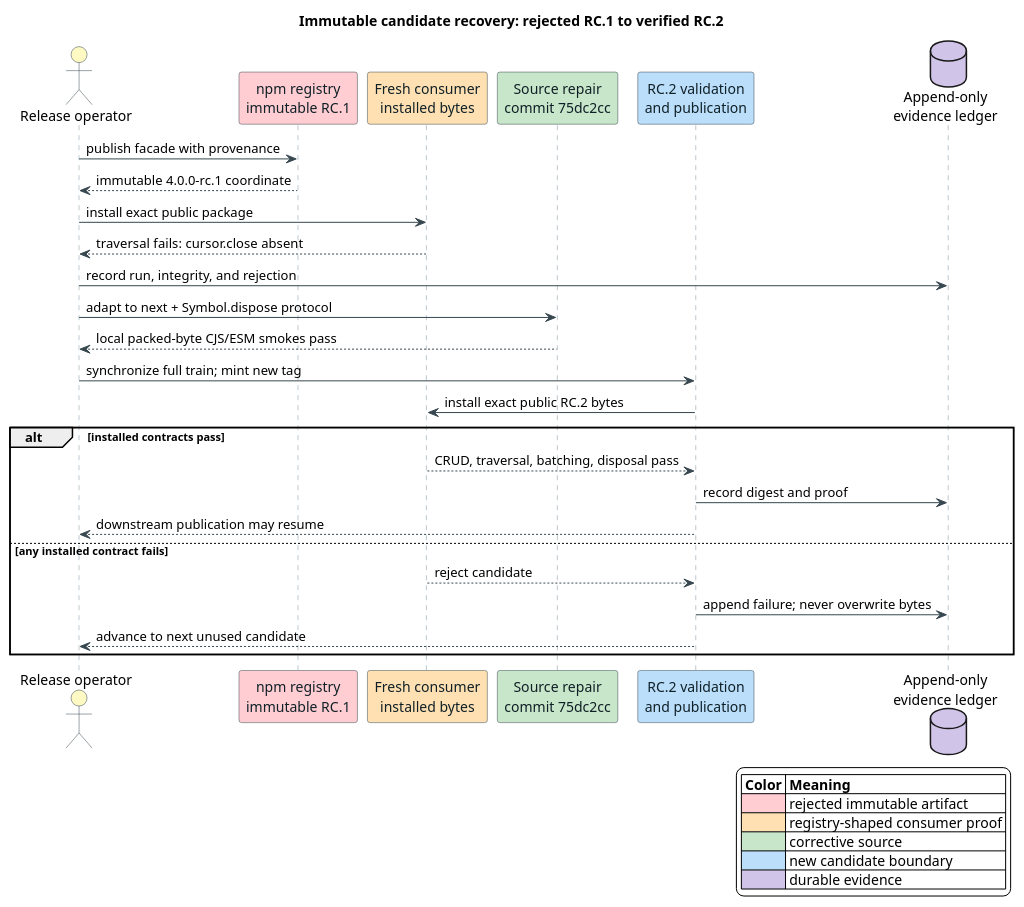
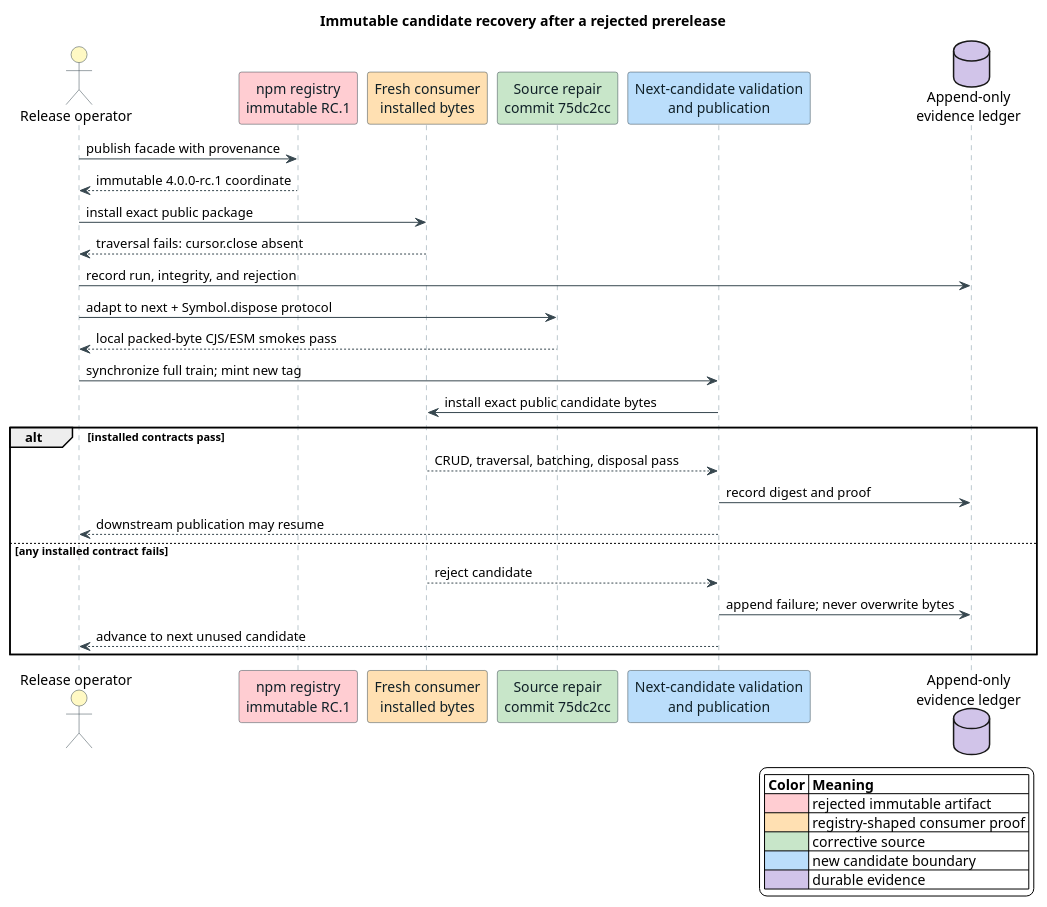
One commit to vinary-tree/liblevenshtein-rust changed the diagram in docs/diagrams/bindings/rejected-candidate-recovery.puml. Above: the diagram before and after it, drawn with PlantUML. The commit also changed 41 other files, not shown here.

```diff
--- a/docs/diagrams/bindings/rejected-candidate-recovery.puml
+++ b/docs/diagrams/bindings/rejected-candidate-recovery.puml
@@ -1,50 +1,50 @@
 @startuml
-' Immutable-candidate recovery protocol for the RC.1 -> RC.2 incident.
+' Immutable-candidate recovery protocol exercised by RC.1, RC.2, and RC.3.
 skinparam backgroundColor #FFFFFF
 skinparam shadowing false
 skinparam sequence {
   ArrowColor #37474F
   ActorBorderColor #37474F
   LifeLineBorderColor #78909C
   LifeLineBackgroundColor #ECEFF1
   ParticipantBorderColor #37474F
   ParticipantFontColor #102027
 }
 
-title Immutable candidate recovery: rejected RC.1 to verified RC.2
+title Immutable candidate recovery after a rejected prerelease
 
 actor "Release operator" as OP #FFF9C4
 participant "npm registry\nimmutable RC.1" as NPM1 #FFCDD2
 participant "Fresh consumer\ninstalled bytes" as CONSUMER #FFE0B2
 participant "Source repair\ncommit 75dc2cc" as SOURCE #C8E6C9
-participant "RC.2 validation\nand publication" as RC2 #BBDEFB
+participant "Next-candidate validation\nand publication" as NEXT #BBDEFB
 database "Append-only\nevidence ledger" as LEDGER #D1C4E9
 
 OP -> NPM1 : publish facade with provenance
 NPM1 --> OP : immutable 4.0.0-rc.1 coordinate
 OP -> CONSUMER : install exact public package
 CONSUMER --> OP : traversal fails: cursor.close absent
 OP -> LEDGER : record run, integrity, and rejection
 OP -> SOURCE : adapt to next + Symbol.dispose protocol
 SOURCE --> OP : local packed-byte CJS/ESM smokes pass
-OP -> RC2 : synchronize full train; mint new tag
-RC2 -> CONSUMER : install exact public RC.2 bytes
+OP -> NEXT : synchronize full train; mint new tag
+NEXT -> CONSUMER : install exact public candidate bytes
 alt installed contracts pass
-  CONSUMER --> RC2 : CRUD, traversal, batching, disposal pass
-  RC2 -> LEDGER : record digest and proof
-  RC2 --> OP : downstream publication may resume
+  CONSUMER --> NEXT : CRUD, traversal, batching, disposal pass
+  NEXT -> LEDGER : record digest and proof
+  NEXT --> OP : downstream publication may resume
 else any installed contract fails
-  CONSUMER --> RC2 : reject candidate
-  RC2 -> LEDGER : append failure; never overwrite bytes
-  RC2 --> OP : advance to next unused candidate
+  CONSUMER --> NEXT : reject candidate
+  NEXT -> LEDGER : append failure; never overwrite bytes
+  NEXT --> OP : advance to next unused candidate
 end
 
 legend right
   |= Color |= Meaning |
   |<#FFCDD2>| rejected immutable artifact |
   |<#FFE0B2>| registry-shaped consumer proof |
   |<#C8E6C9>| corrective source |
   |<#BBDEFB>| new candidate boundary |
   |<#D1C4E9>| durable evidence |
 endlegend
 @enduml
```
